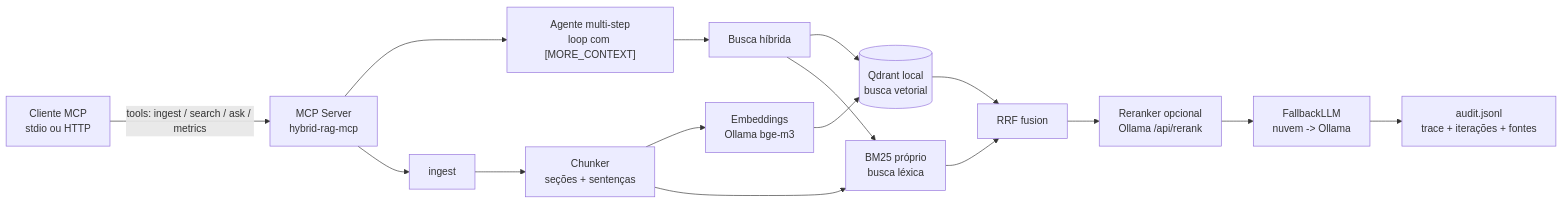
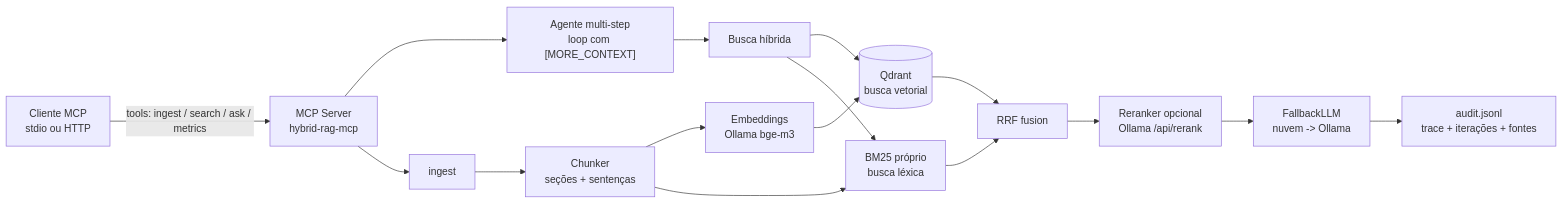
One commit to brenol404/hybrid-rag-mcp changed the diagram in README.pt-BR.md. Above: the diagram before and after it, drawn with Mermaid. The commit also changed 1 other file, not shown here.

Commit message:
Diagrama: Qdrant sem qualificacao de modo (cobre embarcado + servidor)

````diff
--- a/README.pt-BR.md
+++ b/README.pt-BR.md
@@ -47,16 +47,16 @@
 ```mermaid
 flowchart LR
     C["Cliente MCP<br/>stdio ou HTTP"] -->|tools: ingest / search / ask / metrics| M["MCP Server<br/>hybrid-rag-mcp"]
     M --> AGE["Agente multi-step<br/>loop com [MORE_CONTEXT]"]
     M --> I["ingest"]
     I --> C1["Chunker<br/>seções + sentenças"]
     C1 --> E["Embeddings<br/>Ollama bge-m3"]
-    E --> Q1[("Qdrant local<br/>busca vetorial")]
+    E --> Q1[("Qdrant<br/>busca vetorial")]
     C1 --> K["BM25 próprio<br/>busca léxica"]
     AGE --> RET["Busca híbrida"]
     RET --> Q1 & K
     Q1 & K --> RRF["RRF fusion"]
     RRF --> RR["Reranker opcional<br/>Ollama /api/rerank"]
     RR --> LLM["FallbackLLM<br/>nuvem -> Ollama"]
     LLM --> AUD["audit.jsonl<br/>trace + iterações + fontes"]
 ```
````
